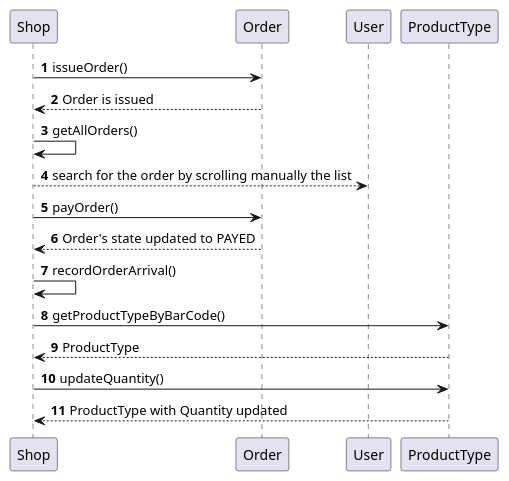
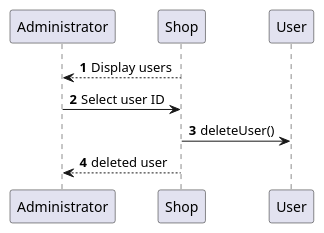
The seventh of 14 diagrams in Deliverables/DesignDocument.md (b3xul/ezshop), drawn with PlantUML before and after one commit. The commit also changed other lines of this file and 1 other file, not shown here.

Commit message:
updated sequences

````diff
--- a/Deliverables/DesignDocument.md
+++ b/Deliverables/DesignDocument.md
@@ -338,22 +339,15 @@
 ```plantuml
 @startuml
 
+participant Administrator
 participant Shop
-participant Order
 participant User
 
-autonumber 
-Shop -> Order: issueOrder()
-Order --> Shop: Order is issued
-Shop -> Shop: getAllOrders()
-Shop --> User: search for the order by scrolling manually the list
-Shop -> Order: payOrder()
-Order --> Shop: Order's state updated to PAYED
-Shop -> Shop: recordOrderArrival()
-Shop -> ProductType: getProductTypeByBarCode()
-ProductType --> Shop: ProductType
-Shop -> ProductType: updateQuantity()
-ProductType --> Shop: ProductType with Quantity updated
+autonumber
+Shop --> Administrator: Display users
+Administrator -> Shop : Select user ID
+Shop -> User: deleteUser()
+Shop --> Administrator: deleted user
 
 @enduml
 ```
````
